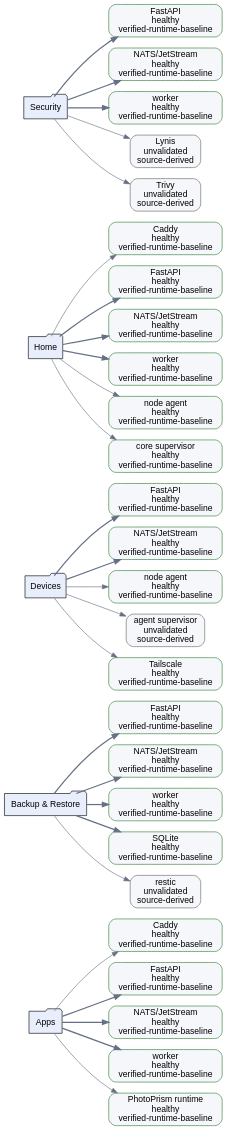
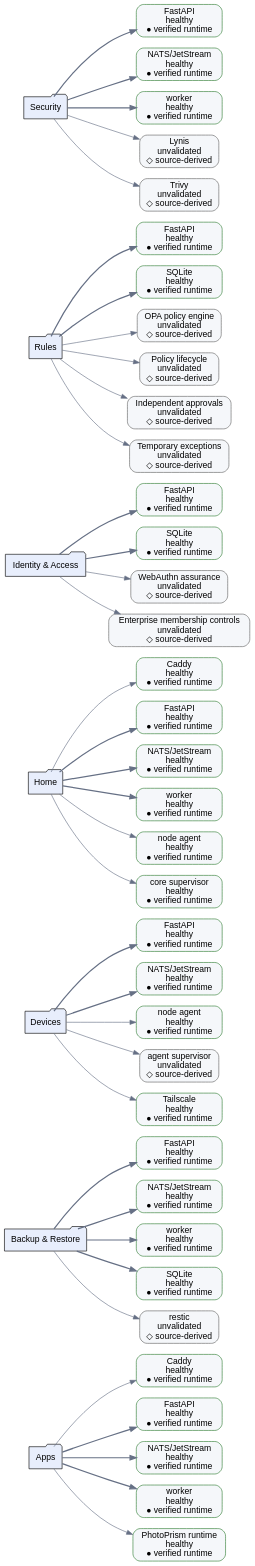
One commit to dexter-lab-ctrl/pocket-lab-lite changed the diagram in docs/generated/assets/enterprise/dependency-health-development.dot. Above: the diagram before and after it, drawn with Graphviz. The commit also changed 128 other files, not shown here.

```diff
--- a/docs/generated/assets/enterprise/dependency-health-development.dot
+++ b/docs/generated/assets/enterprise/dependency-health-development.dot
@@ -1,62 +1,84 @@
 digraph dependency_health {
   graph [rankdir="LR", bgcolor="transparent", fontname="sans-serif"];
   node [shape="box", style="rounded,filled", fontname="sans-serif", fillcolor="#f5f7fa"];
   edge [fontname="sans-serif", color="#667085"];
   d0 [label="Apps", shape="folder", fillcolor="#e8eefc"];
-  d0n0 [label="Caddy\nhealthy\nverified-runtime-baseline", color="#2e7d32"];
+  d0n0 [label="Caddy\nhealthy\n● verified runtime", color="#2e7d32"];
   d0 -> d0n0 [style="solid"];
-  d0n1 [label="FastAPI\nhealthy\nverified-runtime-baseline", color="#2e7d32"];
+  d0n1 [label="FastAPI\nhealthy\n● verified runtime", color="#2e7d32"];
   d0 -> d0n1 [style="bold"];
-  d0n2 [label="NATS/JetStream\nhealthy\nverified-runtime-baseline", color="#2e7d32"];
+  d0n2 [label="NATS/JetStream\nhealthy\n● verified runtime", color="#2e7d32"];
   d0 -> d0n2 [style="bold"];
-  d0n3 [label="worker\nhealthy\nverified-runtime-baseline", color="#2e7d32"];
+  d0n3 [label="worker\nhealthy\n● verified runtime", color="#2e7d32"];
   d0 -> d0n3 [style="bold"];
-  d0n4 [label="PhotoPrism runtime\nhealthy\nverified-runtime-baseline", color="#2e7d32"];
+  d0n4 [label="PhotoPrism runtime\nhealthy\n● verified runtime", color="#2e7d32"];
   d0 -> d0n4 [style="solid"];
   d1 [label="Backup & Restore", shape="folder", fillcolor="#e8eefc"];
-  d1n0 [label="FastAPI\nhealthy\nverified-runtime-baseline", color="#2e7d32"];
+  d1n0 [label="FastAPI\nhealthy\n● verified runtime", color="#2e7d32"];
   d1 -> d1n0 [style="bold"];
-  d1n1 [label="NATS/JetStream\nhealthy\nverified-runtime-baseline", color="#2e7d32"];
+  d1n1 [label="NATS/JetStream\nhealthy\n● verified runtime", color="#2e7d32"];
   d1 -> d1n1 [style="bold"];
-  d1n2 [label="worker\nhealthy\nverified-runtime-baseline", color="#2e7d32"];
+  d1n2 [label="worker\nhealthy\n● verified runtime", color="#2e7d32"];
   d1 -> d1n2 [style="bold"];
-  d1n3 [label="SQLite\nhealthy\nverified-runtime-baseline", color="#2e7d32"];
+  d1n3 [label="SQLite\nhealthy\n● verified runtime", color="#2e7d32"];
   d1 -> d1n3 [style="bold"];
-  d1n4 [label="restic\nunvalidated\nsource-derived", color="#626262"];
+  d1n4 [label="restic\nunvalidated\n◇ source-derived", color="#626262"];
   d1 -> d1n4 [style="solid"];
   d2 [label="Devices", shape="folder", fillcolor="#e8eefc"];
-  d2n0 [label="FastAPI\nhealthy\nverified-runtime-baseline", color="#2e7d32"];
+  d2n0 [label="FastAPI\nhealthy\n● verified runtime", color="#2e7d32"];
   d2 -> d2n0 [style="bold"];
-  d2n1 [label="NATS/JetStream\nhealthy\nverified-runtime-baseline", color="#2e7d32"];
+  d2n1 [label="NATS/JetStream\nhealthy\n● verified runtime", color="#2e7d32"];
   d2 -> d2n1 [style="bold"];
-  d2n2 [label="node agent\nhealthy\nverified-runtime-baseline", color="#2e7d32"];
+  d2n2 [label="node agent\nhealthy\n● verified runtime", color="#2e7d32"];
   d2 -> d2n2 [style="solid"];
-  d2n3 [label="agent supervisor\nunvalidated\nsource-derived", color="#626262"];
+  d2n3 [label="agent supervisor\nunvalidated\n◇ source-derived", color="#626262"];
   d2 -> d2n3 [style="solid"];
-  d2n4 [label="Tailscale\nhealthy\nverified-runtime-baseline", color="#2e7d32"];
+  d2n4 [label="Tailscale\nhealthy\n● verified runtime", color="#2e7d32"];
   d2 -> d2n4 [style="solid"];
   d3 [label="Home", shape="folder", fillcolor="#e8eefc"];
-  d3n0 [label="Caddy\nhealthy\nverified-runtime-baseline", color="#2e7d32"];
+  d3n0 [label="Caddy\nhealthy\n● verified runtime", color="#2e7d32"];
   d3 -> d3n0 [style="solid"];
-  d3n1 [label="FastAPI\nhealthy\nverified-runtime-baseline", color="#2e7d32"];
+  d3n1 [label="FastAPI\nhealthy\n● verified runtime", color="#2e7d32"];
   d3 -> d3n1 [style="bold"];
-  d3n2 [label="NATS/JetStream\nhealthy\nverified-runtime-baseline", color="#2e7d32"];
+  d3n2 [label="NATS/JetStream\nhealthy\n● verified runtime", color="#2e7d32"];
   d3 -> d3n2 [style="bold"];
-  d3n3 [label="worker\nhealthy\nverified-runtime-baseline", color="#2e7d32"];
+  d3n3 [label="worker\nhealthy\n● verified runtime", color="#2e7d32"];
   d3 -> d3n3 [style="bold"];
-  d3n4 [label="node agent\nhealthy\nverified-runtime-baseline", color="#2e7d32"];
+  d3n4 [label="node agent\nhealthy\n● verified runtime", color="#2e7d32"];
   d3 -> d3n4 [style="solid"];
-  d3n5 [label="core supervisor\nhealthy\nverified-runtime-baseline", color="#2e7d32"];
+  d3n5 [label="core supervisor\nhealthy\n● verified runtime", color="#2e7d32"];
   d3 -> d3n5 [style="solid"];
-  d4 [label="Security", shape="folder", fillcolor="#e8eefc"];
-  d4n0 [label="FastAPI\nhealthy\nverified-runtime-baseline", color="#2e7d32"];
+  d4 [label="Identity & Access", shape="folder", fillcolor="#e8eefc"];
+  d4n0 [label="FastAPI\nhealthy\n● verified runtime", color="#2e7d32"];
   d4 -> d4n0 [style="bold"];
-  d4n1 [label="NATS/JetStream\nhealthy\nverified-runtime-baseline", color="#2e7d32"];
+  d4n1 [label="SQLite\nhealthy\n● verified runtime", color="#2e7d32"];
   d4 -> d4n1 [style="bold"];
-  d4n2 [label="worker\nhealthy\nverified-runtime-baseline", color="#2e7d32"];
-  d4 -> d4n2 [style="bold"];
-  d4n3 [label="Lynis\nunvalidated\nsource-derived", color="#626262"];
+  d4n2 [label="WebAuthn assurance\nunvalidated\n◇ source-derived", color="#626262"];
+  d4 -> d4n2 [style="solid"];
+  d4n3 [label="Enterprise membership controls\nunvalidated\n◇ source-derived", color="#626262"];
   d4 -> d4n3 [style="solid"];
-  d4n4 [label="Trivy\nunvalidated\nsource-derived", color="#626262"];
-  d4 -> d4n4 [style="solid"];
+  d5 [label="Rules", shape="folder", fillcolor="#e8eefc"];
+  d5n0 [label="FastAPI\nhealthy\n● verified runtime", color="#2e7d32"];
+  d5 -> d5n0 [style="bold"];
+  d5n1 [label="SQLite\nhealthy\n● verified runtime", color="#2e7d32"];
+  d5 -> d5n1 [style="bold"];
+  d5n2 [label="OPA policy engine\nunvalidated\n◇ source-derived", color="#626262"];
+  d5 -> d5n2 [style="solid"];
+  d5n3 [label="Policy lifecycle\nunvalidated\n◇ source-derived", color="#626262"];
+  d5 -> d5n3 [style="solid"];
+  d5n4 [label="Independent approvals\nunvalidated\n◇ source-derived", color="#626262"];
+  d5 -> d5n4 [style="solid"];
+  d5n5 [label="Temporary exceptions\nunvalidated\n◇ source-derived", color="#626262"];
+  d5 -> d5n5 [style="solid"];
+  d6 [label="Security", shape="folder", fillcolor="#e8eefc"];
+  d6n0 [label="FastAPI\nhealthy\n● verified runtime", color="#2e7d32"];
+  d6 -> d6n0 [style="bold"];
+  d6n1 [label="NATS/JetStream\nhealthy\n● verified runtime", color="#2e7d32"];
+  d6 -> d6n1 [style="bold"];
+  d6n2 [label="worker\nhealthy\n● verified runtime", color="#2e7d32"];
+  d6 -> d6n2 [style="bold"];
+  d6n3 [label="Lynis\nunvalidated\n◇ source-derived", color="#626262"];
+  d6 -> d6n3 [style="solid"];
+  d6n4 [label="Trivy\nunvalidated\n◇ source-derived", color="#626262"];
+  d6 -> d6n4 [style="solid"];
 }
```
